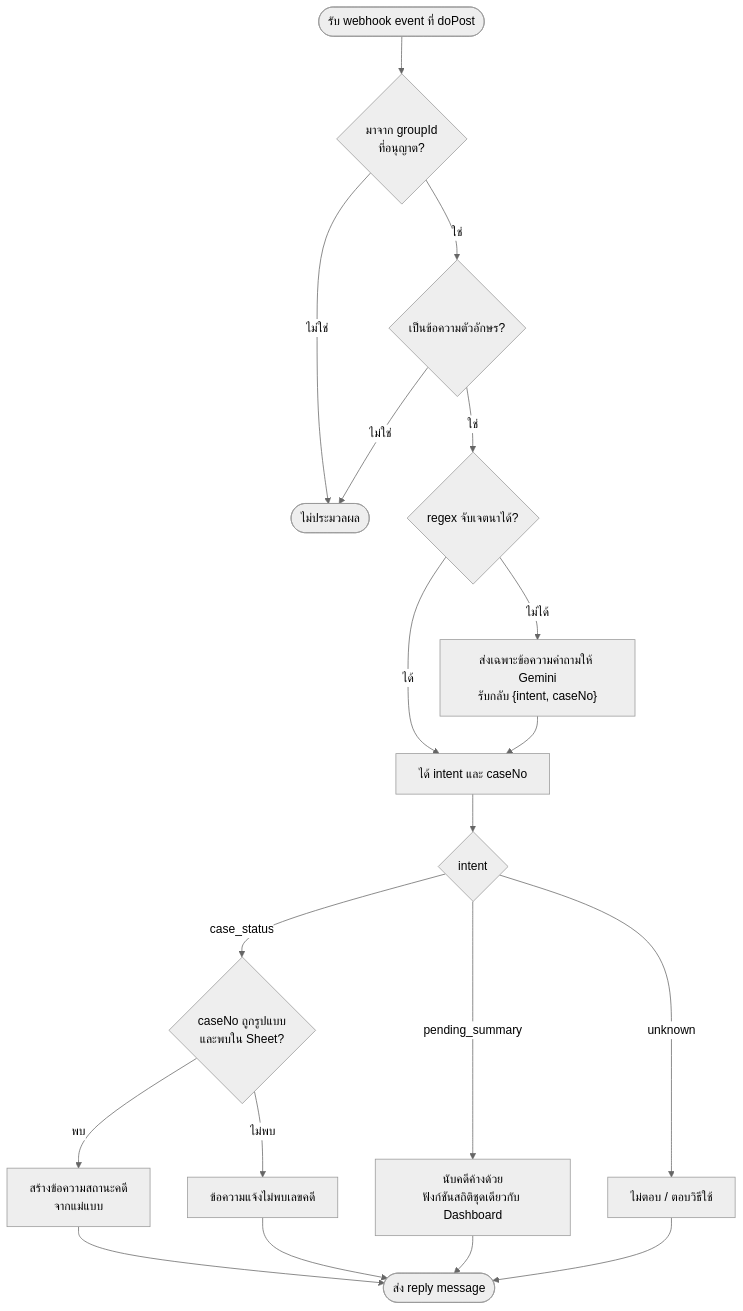
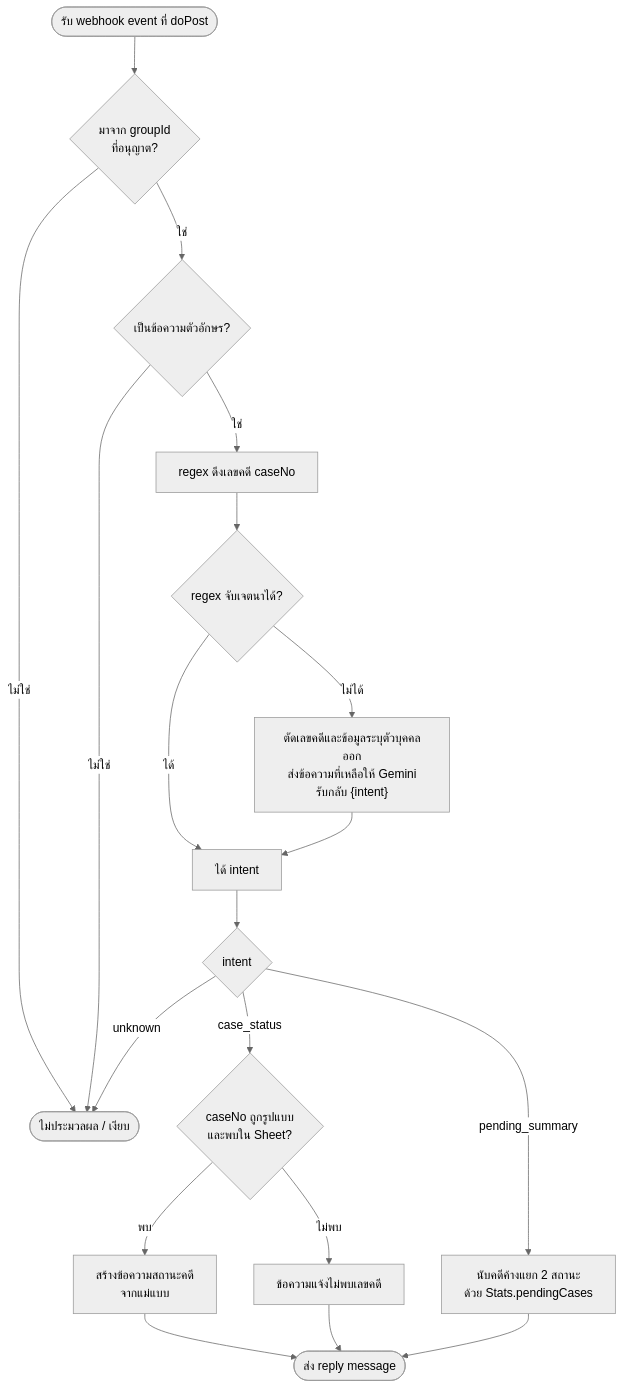
One commit to wongstorn298-cloud/blank-app changed the third of 3 diagrams in thesis/drafts/03-การออกแบบระบบ.md. Above: the diagram before and after it, drawn with Mermaid (neutral theme). The commit also changed other lines of this file and 3 other files, not shown here.

````diff
--- a/thesis/drafts/03-การออกแบบระบบ.md
+++ b/thesis/drafts/03-การออกแบบระบบ.md
@@ -238,21 +392,21 @@
 ```mermaid
 flowchart TD
   A([รับ webhook event ที่ doPost]) --> B{มาจาก groupId<br/>ที่อนุญาต?}
-  B -- ไม่ใช่ --> Z([ไม่ประมวลผล])
+  B -- ไม่ใช่ --> Z([ไม่ประมวลผล / เงียบ])
   B -- ใช่ --> C{เป็นข้อความตัวอักษร?}
   C -- ไม่ใช่ --> Z
-  C -- ใช่ --> D{regex จับเจตนาได้?}
-  D -- ได้ --> F[ได้ intent และ caseNo]
-  D -- ไม่ได้ --> E["ส่งเฉพาะข้อความคำถามให้ Gemini<br/>รับกลับ {intent, caseNo}"]
+  C -- ใช่ --> C2[regex ดึงเลขคดี caseNo]
+  C2 --> D{regex จับเจตนาได้?}
+  D -- ได้ --> F[ได้ intent]
+  D -- ไม่ได้ --> E["ตัดเลขคดีและข้อมูลระบุตัวบุคคลออก<br/>ส่งข้อความที่เหลือให้ Gemini<br/>รับกลับ {intent}"]
   E --> F
   F --> G{intent}
   G -- case_status --> H{caseNo ถูกรูปแบบ<br/>และพบใน Sheet?}
   H -- พบ --> I[สร้างข้อความสถานะคดี<br/>จากแม่แบบ]
   H -- ไม่พบ --> J[ข้อความแจ้งไม่พบเลขคดี]
-  G -- pending_summary --> K[นับคดีค้างด้วย<br/>ฟังก์ชันสถิติชุดเดียวกับ Dashboard]
-  G -- unknown --> L[ไม่ตอบ / ตอบวิธีใช้]
+  G -- pending_summary --> K
+  G -- unknown --> Z
   I --> R([ส่ง reply message])
   J --> R
-  K --> R
-  L --> R
+  K["นับคดีค้างแยก 2 สถานะ<br/>ด้วย Stats.pendingCases"] --> R
 ```
````
